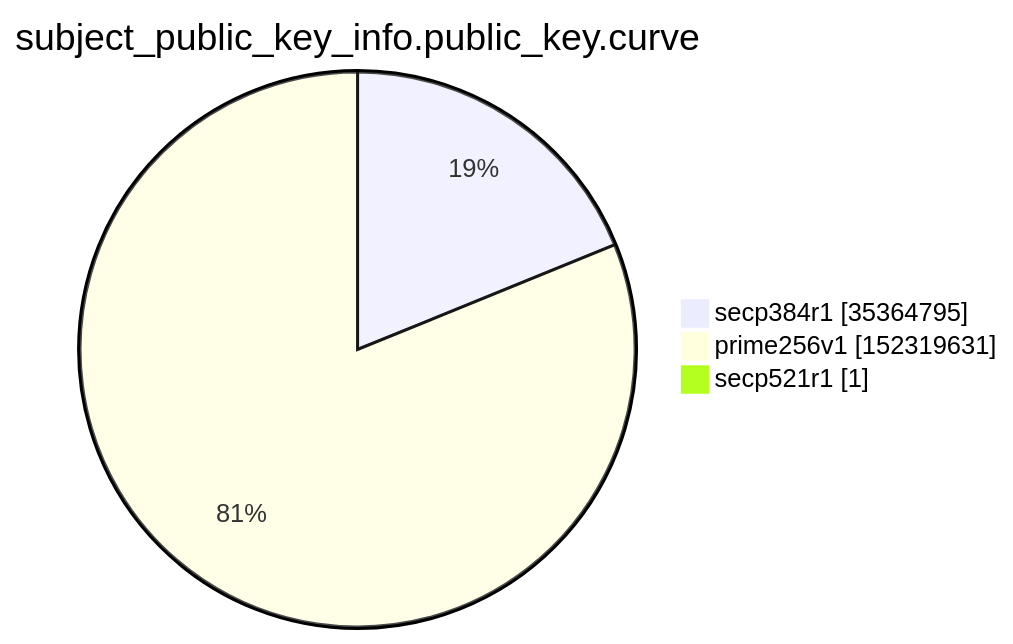
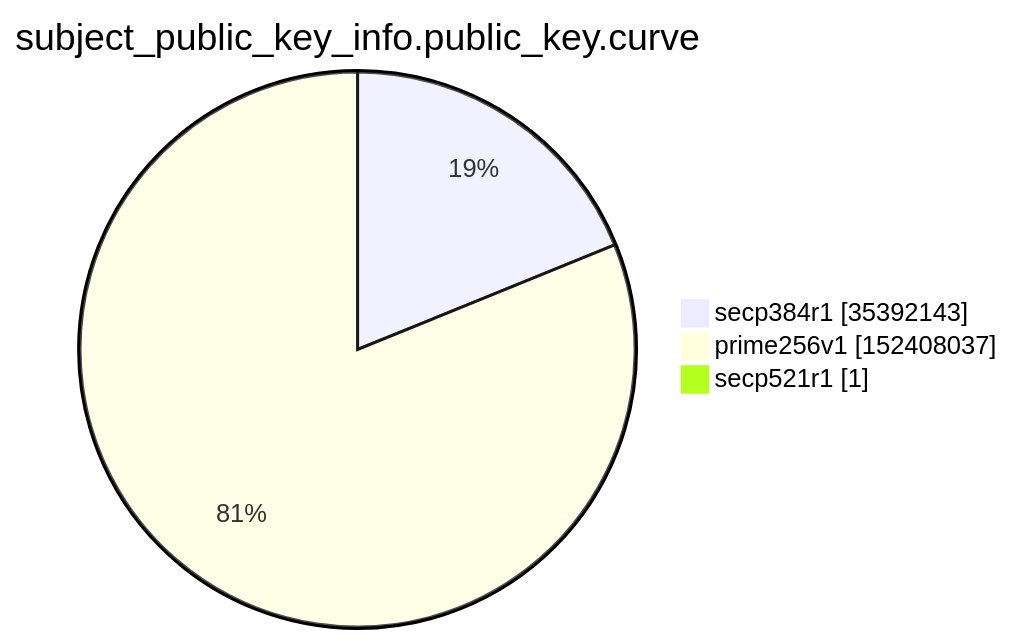
The ninth of 15 diagrams in argon2022/README.md (christiankrug/ctmonitor_visualization), drawn with Mermaid before and after one commit. The commit also changed other lines of this file, not shown here.

````diff
--- a/argon2022/README.md
+++ b/argon2022/README.md
@@ -2765,7 +2765,7 @@
 ```mermaid
 pie showData
 title subject_public_key_info.public_key.curve
-"secp384r1" :35364795
-"prime256v1" :152319631
+"secp384r1" :35392143
+"prime256v1" :152408037
 "secp521r1" :1
 ```
````
